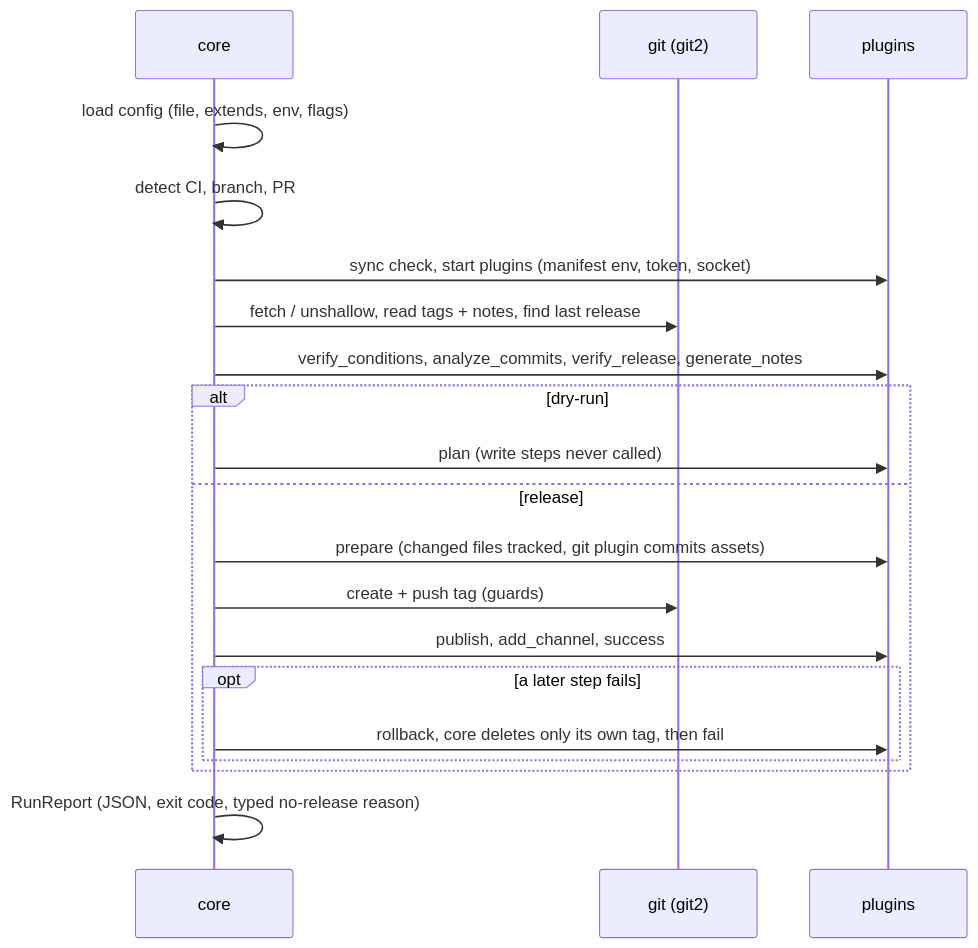
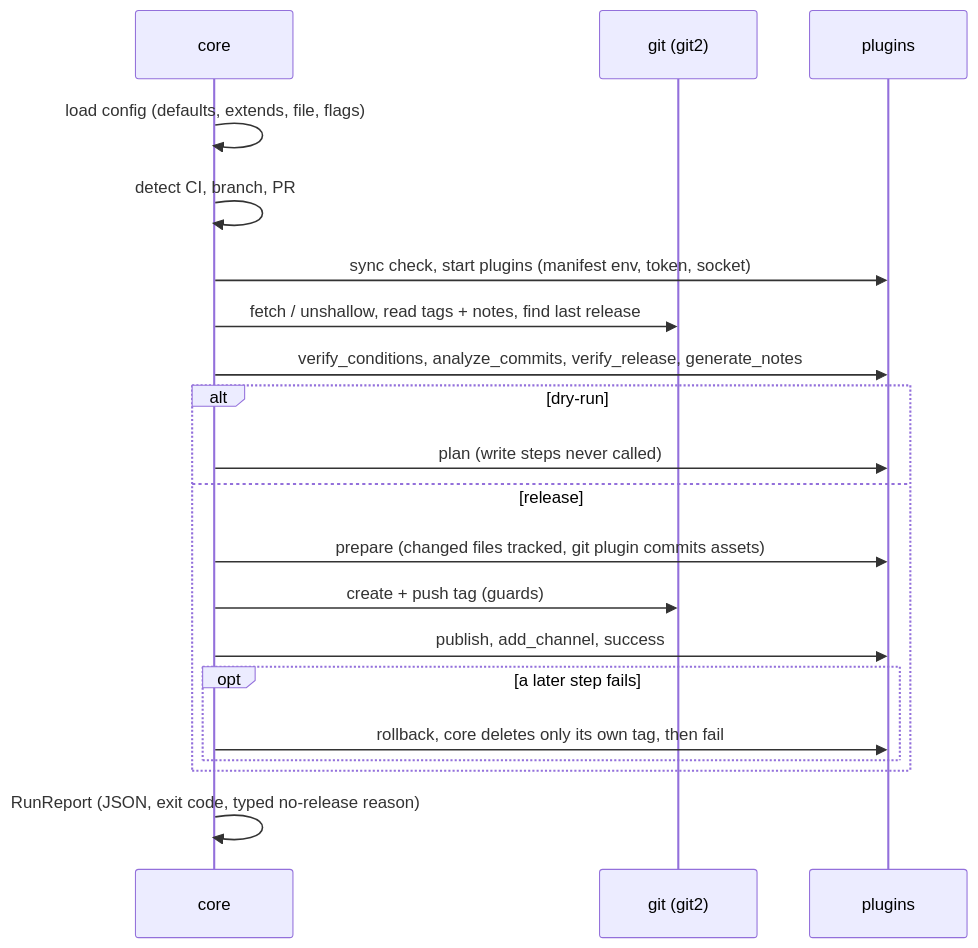
The fourth of 8 diagrams in docs/ARCHITECTURE.md (semoxide/semoxide), drawn with Mermaid before and after one commit. The commit also changed other lines of this file and 10 other files, not shown here.

````diff
--- a/docs/ARCHITECTURE.md
+++ b/docs/ARCHITECTURE.md
@@ -71,22 +71,22 @@
 ```mermaid
 sequenceDiagram
     participant C as core
     participant G as git (git2)
     participant P as plugins
-    C->>C: load config (file, extends, env, flags)
+    C->>C: load config (defaults, extends, file, flags)
     C->>C: detect CI, branch, PR
     C->>P: sync check, start plugins (manifest env, token, socket)
     C->>G: fetch / unshallow, read tags + notes, find last release
     C->>P: verify_conditions, analyze_commits, verify_release, generate_notes
     alt dry-run
         C->>P: plan (write steps never called)
     else release
         C->>P: prepare (changed files tracked, git plugin commits assets)
         C->>G: create + push tag (guards)
         C->>P: publish, add_channel, success
         opt a later step fails
             C->>P: rollback, core deletes only its own tag, then fail
         end
     end
     C->>C: RunReport (JSON, exit code, typed no-release reason)
 ```
````
